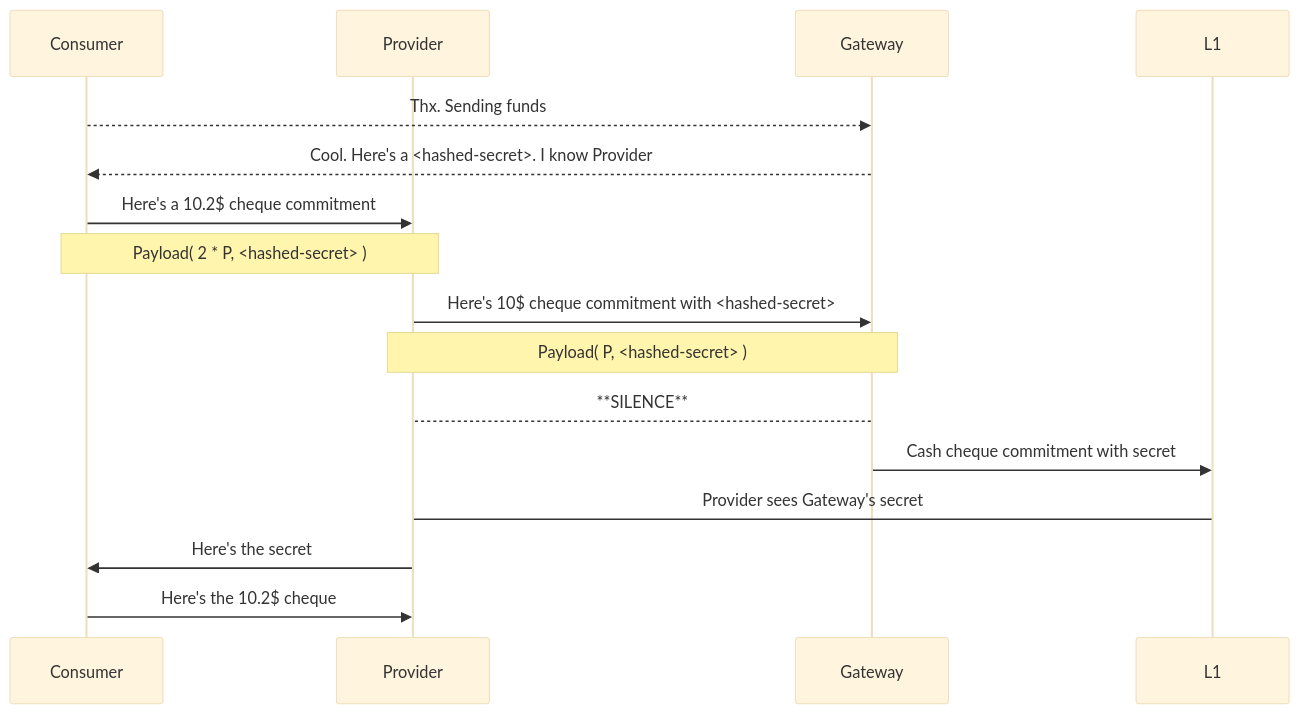
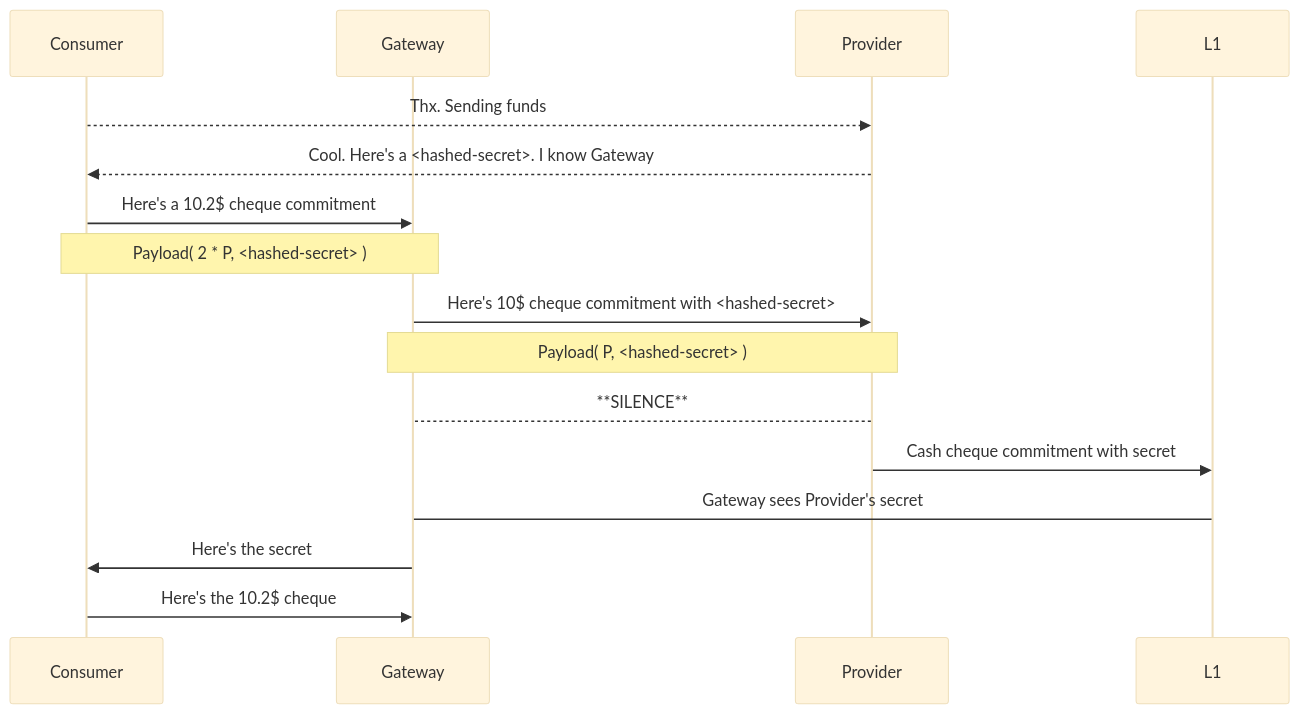
One commit to colll78/cardano-lightning changed the second of 4 diagrams in docs/design-notes.md. Above: the diagram before and after it, drawn with Mermaid (base theme). The commit also changed other lines of this file, not shown here.

````diff
--- a/docs/design-notes.md
+++ b/docs/design-notes.md
@@ -97,18 +97,18 @@
 ```mermaid
  sequenceDiagram
   participant Consumer
+  participant Gateway
   participant Provider
-  participant Gateway
 
-  Consumer-->>Gateway: Thx. Sending funds
-  Gateway-->>Consumer: Cool. Here's a <hashed-secret>. I know Provider
-  Consumer->>Provider: Here's a 10.2$ cheque commitment
-  Note over Consumer,Provider: Payload( 2 * P, <hashed-secret> )
-  Provider->>Gateway: Here's 10$ cheque commitment with <hashed-secret>
-  Note over Provider,Gateway: Payload( P, <hashed-secret> )
-  Gateway-->Provider: **SILENCE**
-  Gateway->>L1: Cash cheque commitment with secret
-  Provider->L1: Provider sees Gateway's secret
-  Provider->>Consumer: Here's the secret
-  Consumer->>Provider: Here's the 10.2$ cheque
+  Consumer-->>Provider: Thx. Sending funds
+  Provider-->>Consumer: Cool. Here's a <hashed-secret>. I know Gateway
+  Consumer->>Gateway: Here's a 10.2$ cheque commitment
+  Note over Consumer,Gateway: Payload( 2 * P, <hashed-secret> )
+  Gateway->>Provider: Here's 10$ cheque commitment with <hashed-secret>
+  Note over Gateway,Provider: Payload( P, <hashed-secret> )
+  Provider-->Gateway: **SILENCE**
+  Provider->>L1: Cash cheque commitment with secret
+  Gateway->L1: Gateway sees Provider's secret
+  Gateway->>Consumer: Here's the secret
+  Consumer->>Gateway: Here's the 10.2$ cheque
 ```
````
